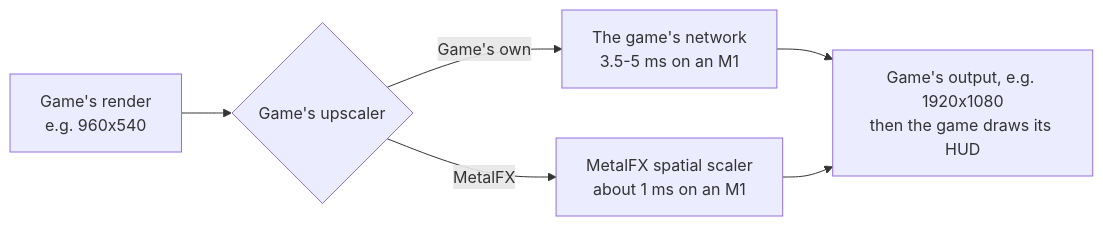
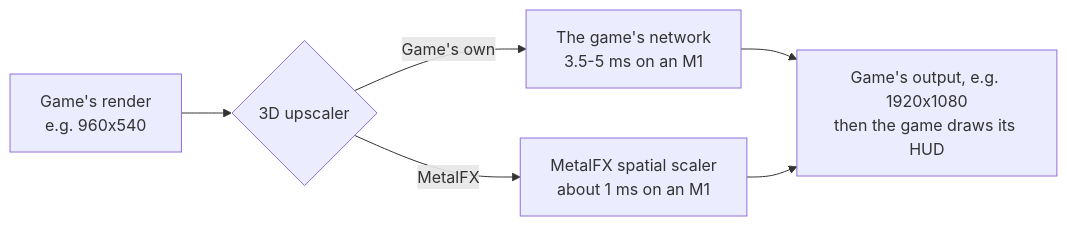
The second of 5 diagrams in docs/settings.md (seedds/nxnative), drawn with Mermaid before and after one commit. The commit also changed other lines of this file and 7 other files, not shown here.

````diff
--- a/docs/settings.md
+++ b/docs/settings.md
@@ -67,8 +67,8 @@
 ```mermaid
 flowchart LR
-    R["Game's render<br/>e.g. 960x540"] --> U{Game's upscaler}
+    R["Game's render<br/>e.g. 960x540"] --> U{3D upscaler}
     U -->|Game's own| N["The game's network<br/>3.5-5 ms on an M1"]
     U -->|MetalFX| M["MetalFX spatial scaler<br/>about 1 ms on an M1"]
     N --> O["Game's output, e.g. 1920x1080<br/>then the game draws its HUD"]
     M --> O
 ```
````
